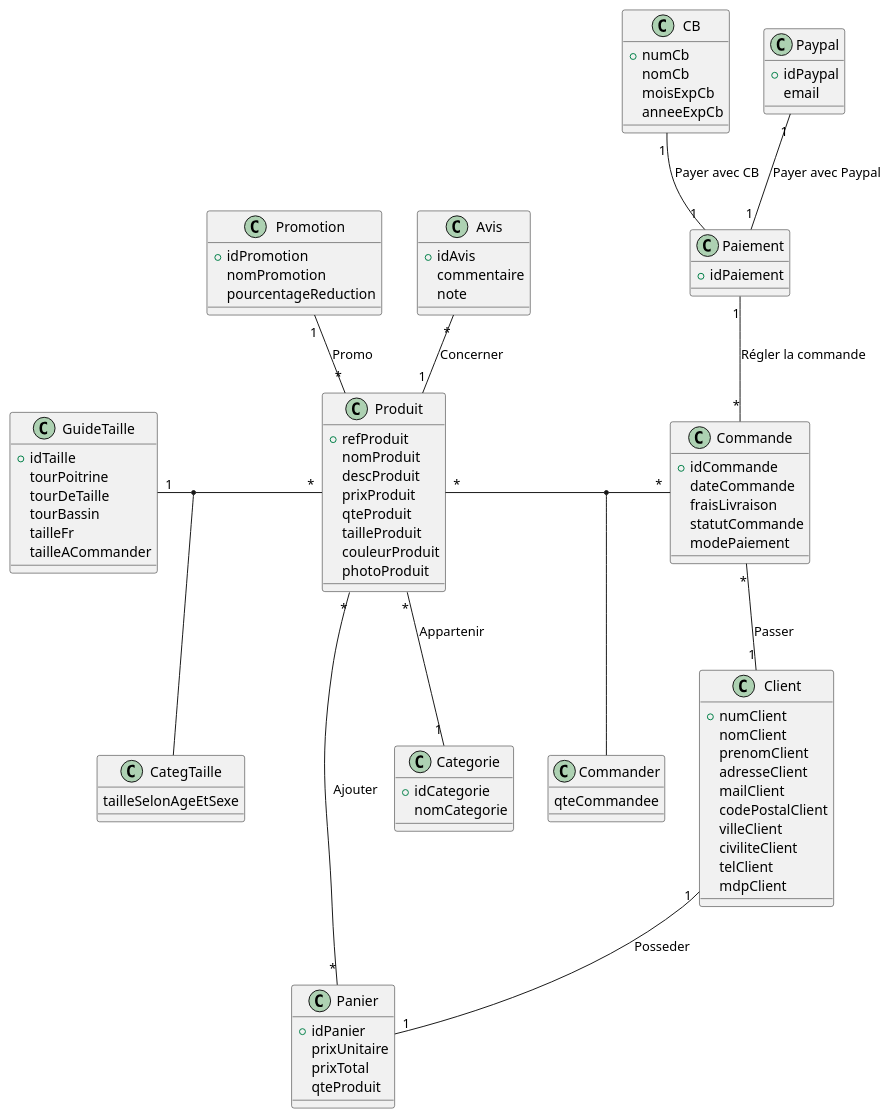
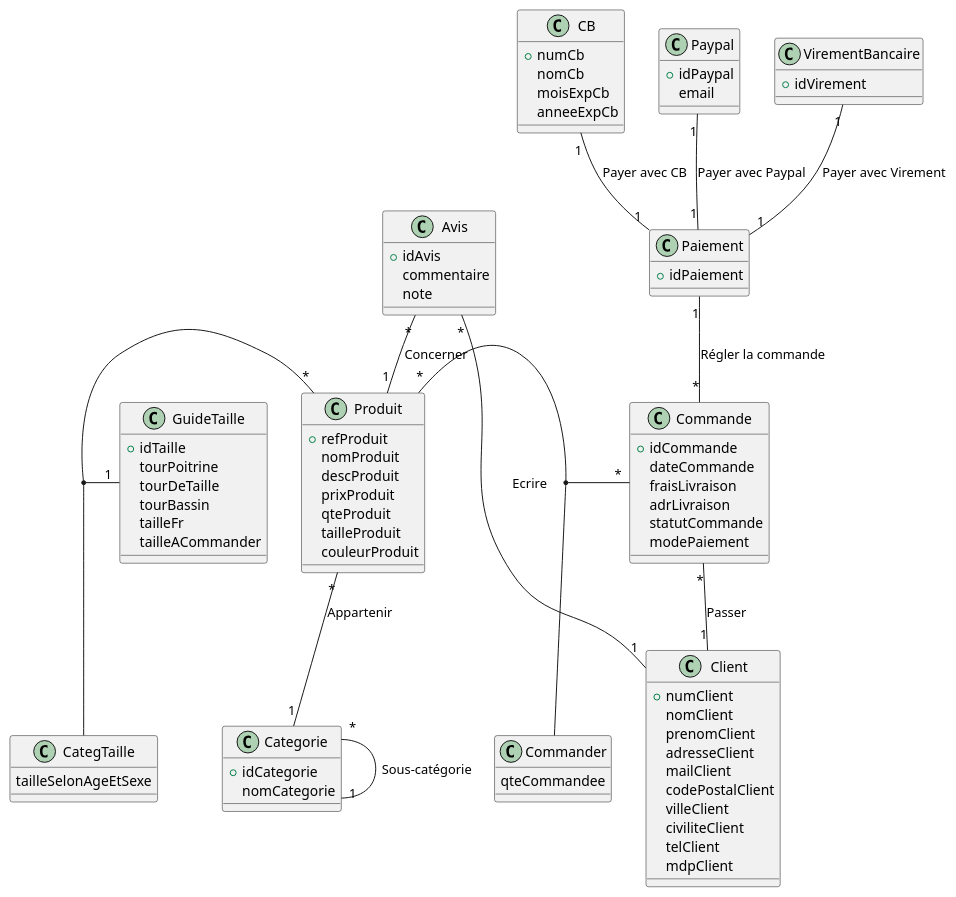
The diagram in docs/BD/Diagramme de Classes Métiers - BD.puml (IUT-Blagnac/SAE-3-01-DevApp-G11-DisguiseHub), drawn with PlantUML before and after one commit. The commit also changed 2 other files, not shown here.

```diff
--- a/docs/BD/Diagramme de Classes Métiers - BD.puml
+++ b/docs/BD/Diagramme de Classes Métiers - BD.puml
@@ -1,106 +1,98 @@
 @startuml Diagramme de classes métiers BD SAE3.01
 
 class Produit {
     + refProduit
     nomProduit
     descProduit
     prixProduit
     qteProduit
     tailleProduit
     couleurProduit
-    photoProduit
-}
-
-class Promotion {
-    + idPromotion
-    nomPromotion
-    pourcentageReduction
 }
 
 class CategTaille {
     tailleSelonAgeEtSexe
 }
 
 class GuideTaille {
     + idTaille
     tourPoitrine
     tourDeTaille
     tourBassin
     tailleFr
     tailleACommander
 }
 
 class Categorie {
     + idCategorie
     nomCategorie
 }
 
 class Client {
     + numClient
     nomClient
     prenomClient
     adresseClient
     mailClient
     codePostalClient
     villeClient
     civiliteClient
     telClient
     mdpClient
 }
 
-class Panier {
-    + idPanier
-    prixUnitaire
-    prixTotal
-    qteProduit
-}
-
 class Commande {
     + idCommande
     dateCommande
     fraisLivraison
+    adrLivraison
     statutCommande
     modePaiement
 }
 
 class Paiement {
     + idPaiement
 }
 
 class CB {
     + numCb
     nomCb
     moisExpCb
     anneeExpCb
 }
 
 class Paypal {
     + idPaypal
     email
 }
 
+class VirementBancaire {
+    + idVirement
+
+}
+
 class Commander {
     qteCommandee
 }
 
 class Avis {
     + idAvis
     commentaire
     note
 }
 
 Produit "*" -- "1" Categorie: Appartenir
 Paypal "1" -- "1" Paiement : Payer avec Paypal
 CB "1" -- "1" Paiement : Payer avec CB
 Paiement "1" -- "*" Commande : Régler la commande
 Produit "*" - "*" Commande
 (Produit, Commande) -- Commander
-Produit "*" -- "*" Panier : Ajouter
 Commande "*" -- "1" Client: Passer
-Client "1" -- "1" Panier: Posseder
 Avis "*" -- "1" Produit: Concerner
 GuideTaille "1" - "*" Produit
 (GuideTaille, Produit) -- CategTaille
-Promotion "1" -- "*" Produit: Promo
+Avis "*" -- "1" Client: Ecrire
+Categorie "*" -- "1" Categorie : Sous-catégorie
+VirementBancaire "1" -- "1" Paiement : Payer avec Virement
 
 @enduml
```
